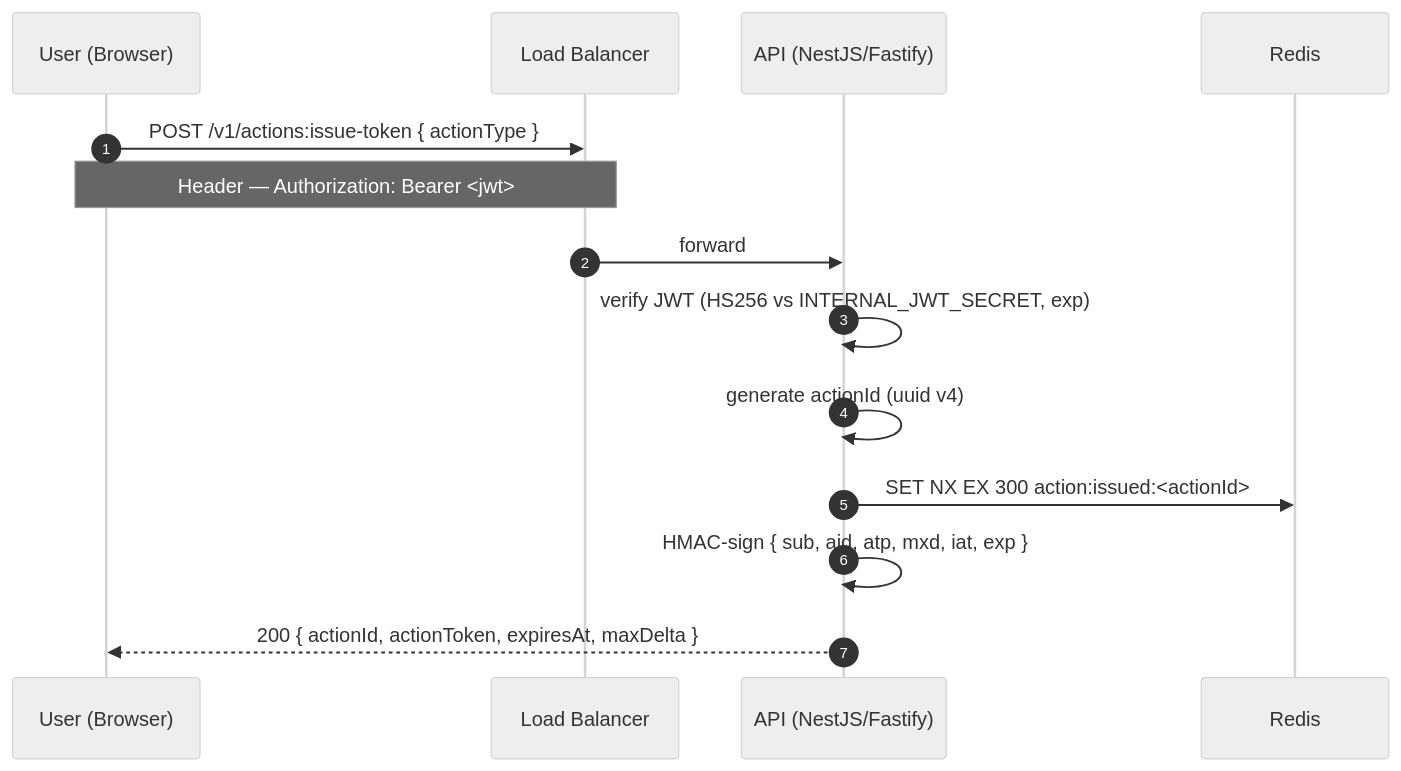
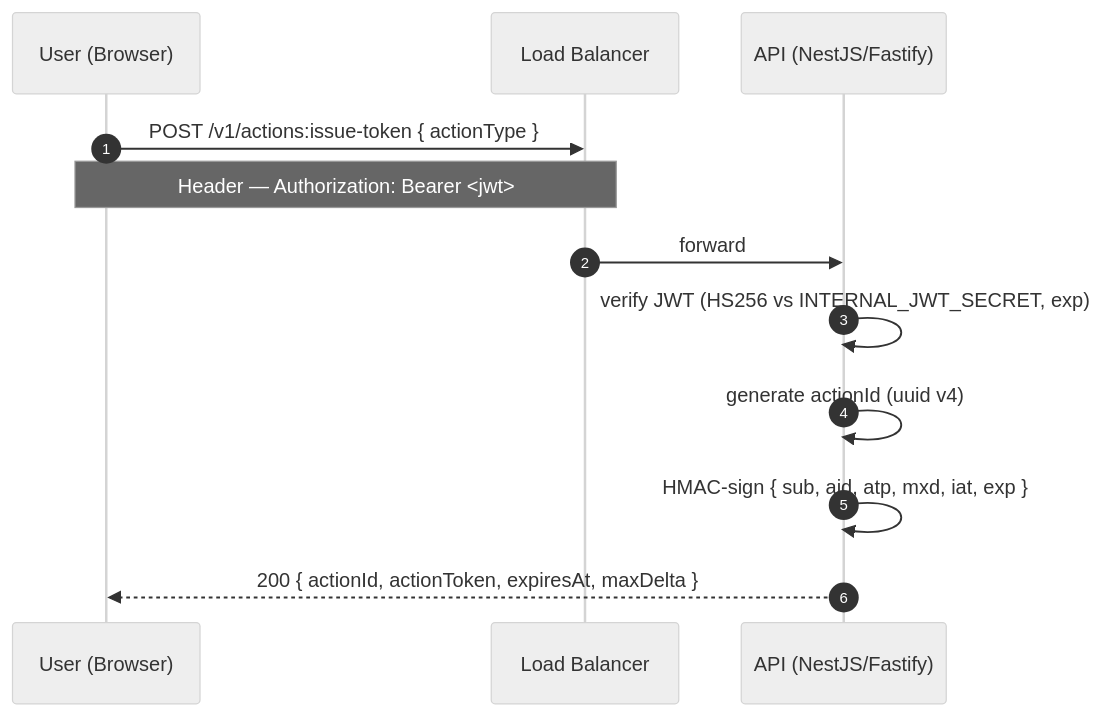
Before and after one commit to ngocgiang99/99tech_backend: the third of 7 diagrams in problem6/docs/flow-diagram.md, drawn with Mermaid (neutral theme). The commit also changed 10 other files, not shown here.

First line of the commit message:
refactor(problem6): remove dead action:issued Redis breadcrumb

````diff
--- a/problem6/docs/flow-diagram.md
+++ b/problem6/docs/flow-diagram.md
@@ -135,17 +135,15 @@
 ```mermaid
 sequenceDiagram
     autonumber
     participant U as User (Browser)
     participant LB as Load Balancer
     participant API as API (NestJS/Fastify)
-    participant R as Redis
 
     U->>LB: POST /v1/actions:issue-token { actionType }
     Note over U,LB: Header — Authorization: Bearer <jwt>
     LB->>API: forward
     API->>API: verify JWT (HS256 vs INTERNAL_JWT_SECRET, exp)
     API->>API: generate actionId (uuid v4)
-    API->>R: SET NX EX 300 action:issued:<actionId>
     API->>API: HMAC-sign { sub, aid, atp, mxd, iat, exp }
     API-->>U: 200 { actionId, actionToken, expiresAt, maxDelta }
 ```
````
